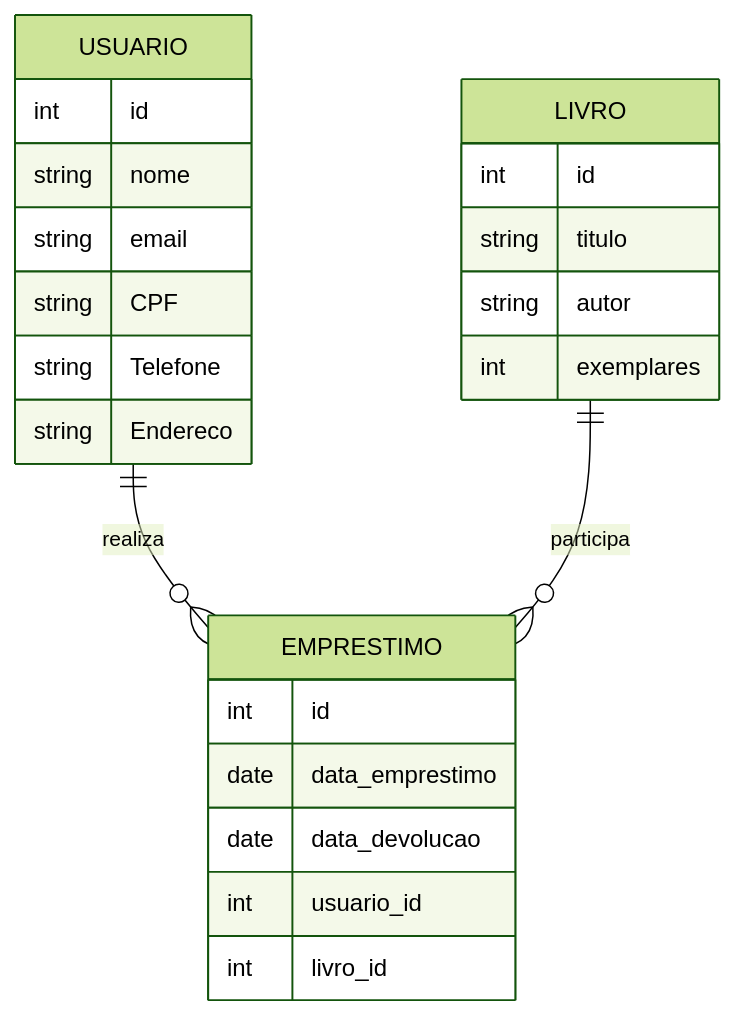
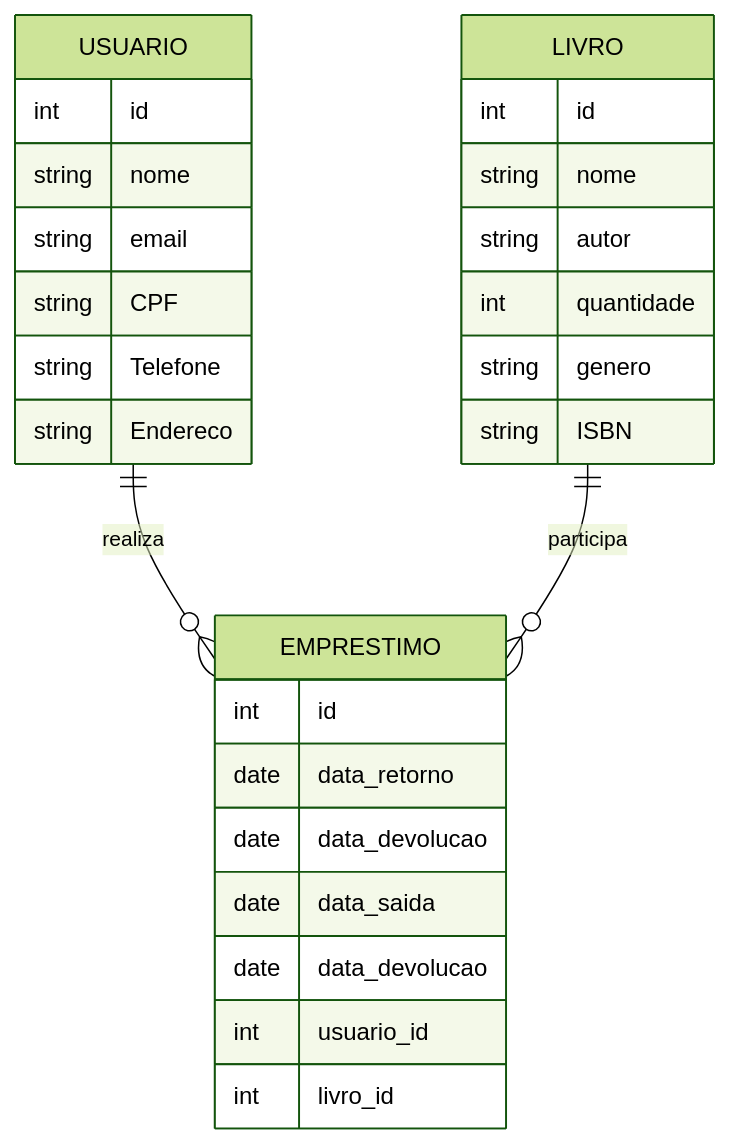
One commit to gfcarvalhos/clean-js changed the diagram in README.md. Above: the diagram before and after it, drawn with Mermaid (forest theme). The commit also changed 3 other files, not shown here.

````diff
--- a/README.md
+++ b/README.md
@@ -7,29 +7,33 @@
 ```mermaid
 erDiagram
     USUARIO ||--o{ EMPRESTIMO : realiza
     LIVRO ||--o{ EMPRESTIMO : participa
 
     USUARIO {
         int id
         string nome
         string email
         string CPF
         string Telefone
         string Endereco
     }
 
     LIVRO {
         int id
-        string titulo
+        string nome
         string autor
-        int exemplares
+        int quantidade
+        string genero
+        string ISBN
     }
 
     EMPRESTIMO {
         int id
-        date data_emprestimo
+        date data_retorno
+        date data_devolucao
+        date data_saida
         date data_devolucao
         int usuario_id
         int livro_id
     }
 ```
````
